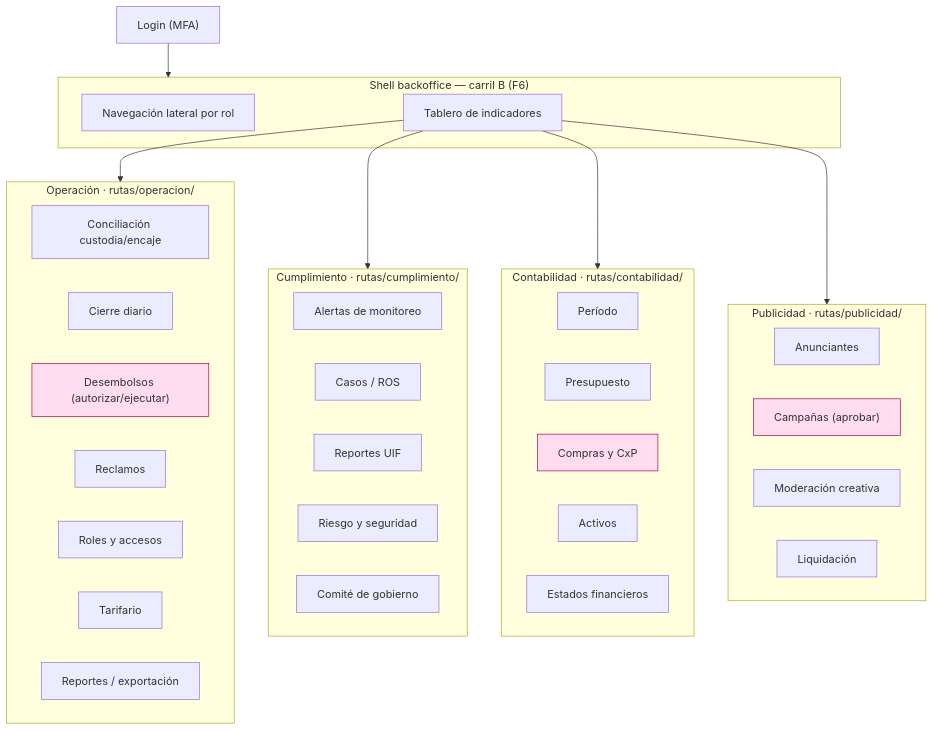
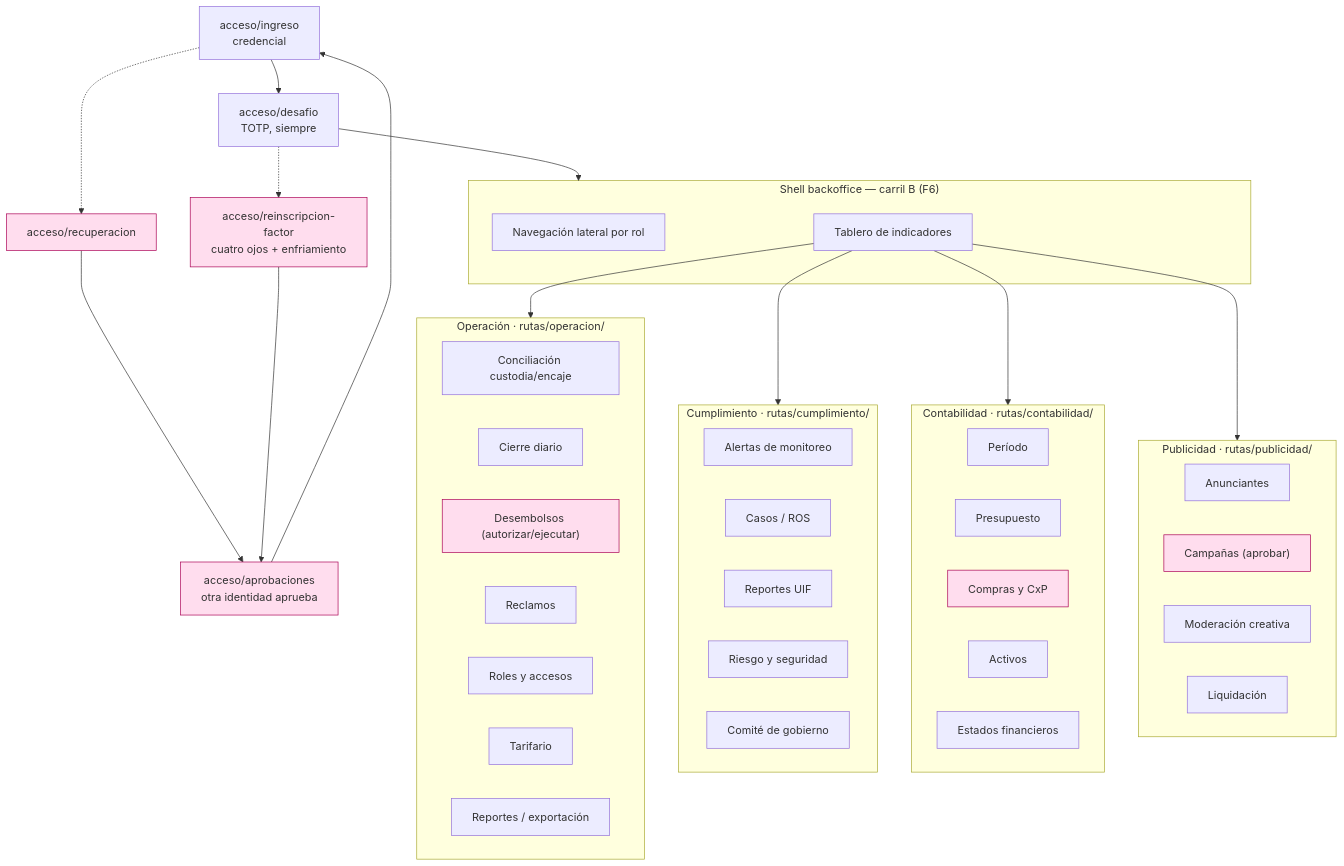
The diagram in docs/Flujo de pantallas · backoffice administrador.md (PabloArauzCaballero/aportayaDoc), drawn with Mermaid before and after one commit. The commit also changed other lines of this file and 45 other files, not shown here.

````diff
--- a/docs/Flujo de pantallas · backoffice administrador.md
+++ b/docs/Flujo de pantallas · backoffice administrador.md
@@ -65,44 +72,50 @@
 ```mermaid
 flowchart TD
-    L["Login (MFA)"] --> SH
+    L["acceso/ingreso<br/>credencial"] --> SF["acceso/desafio<br/>TOTP, siempre"]
+    SF --> SH
+    L -.-> RCP["acceso/recuperacion"]
+    RCP --> APB["acceso/aprobaciones<br/>otra identidad aprueba"]
+    APB --> L
+    SF -.-> RIF["acceso/reinscripcion-factor<br/>cuatro ojos + enfriamiento"]
+    RIF --> APB
     subgraph SH["Shell backoffice — carril B (F6)"]
       NAV["Navegación lateral por rol"]
       TAB["Tablero de indicadores"]
     end
     TAB --> OP["Operación — B1 (F7)"]
     TAB --> CU["Cumplimiento — B2 (F8)"]
     TAB --> CT["Contabilidad/ERP — B3 (F13)"]
     TAB --> PU["Publicidad — B4 (F14)"]
 
     subgraph OP["Operación · rutas/operacion/"]
       CONC["Conciliación custodia/encaje"]
       CIER["Cierre diario"]
       DES["Desembolsos (autorizar/ejecutar)"]
       REC["Reclamos"]
       ROL["Roles y accesos"]
       TAR["Tarifario"]
       REP["Reportes / exportación"]
     end
     subgraph CU["Cumplimiento · rutas/cumplimiento/"]
       ALE["Alertas de monitoreo"]
       CASO["Casos / ROS"]
       UIF["Reportes UIF"]
       RIE["Riesgo y seguridad"]
       GOB["Comité de gobierno"]
     end
     subgraph CT["Contabilidad · rutas/contabilidad/"]
       PER["Período"]
       PRES["Presupuesto"]
       CXP["Compras y CxP"]
       ACT["Activos"]
       EEFF["Estados financieros"]
     end
     subgraph PU["Publicidad · rutas/publicidad/"]
       ANU["Anunciantes"]
       CAMP["Campañas (aprobar)"]
       MOD["Moderación creativa"]
       LIQ["Liquidación"]
     end
     classDef seg fill:#fde,stroke:#a05;
-    class DES,CXP,CAMP seg;
+    class DES,CXP,CAMP,RCP,APB,RIF seg;
 ```
````
